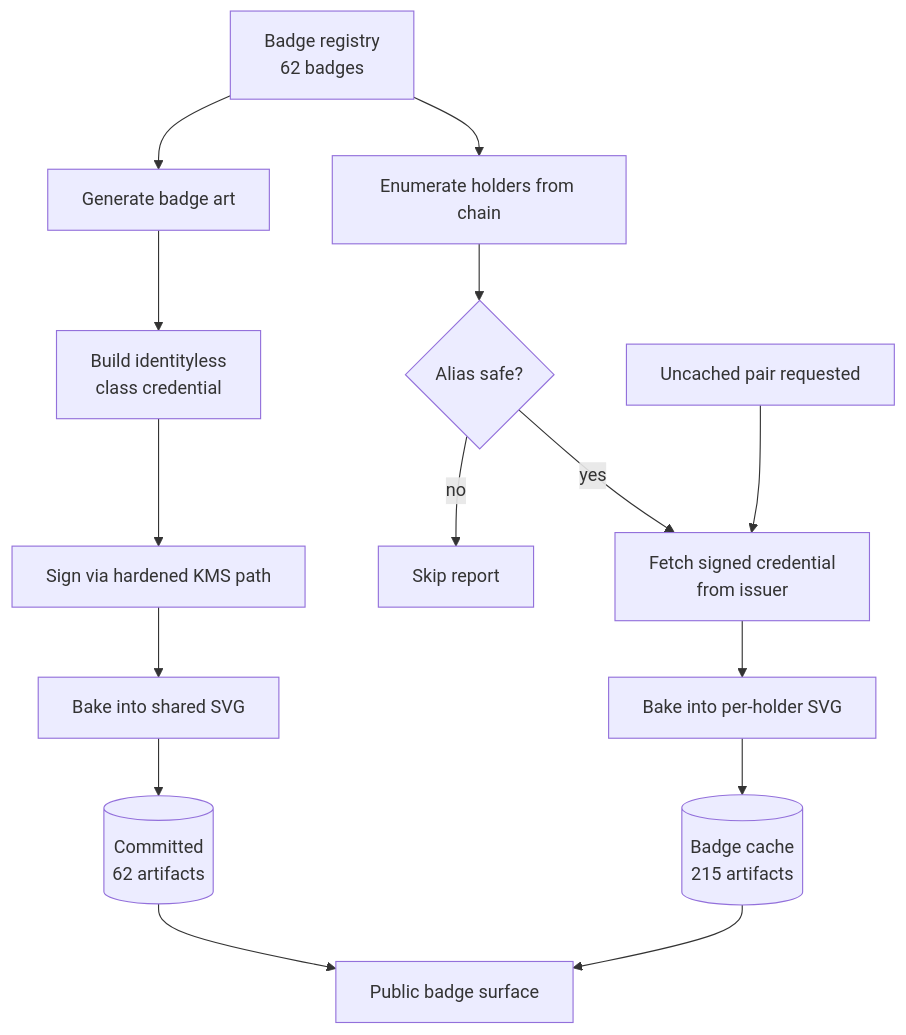
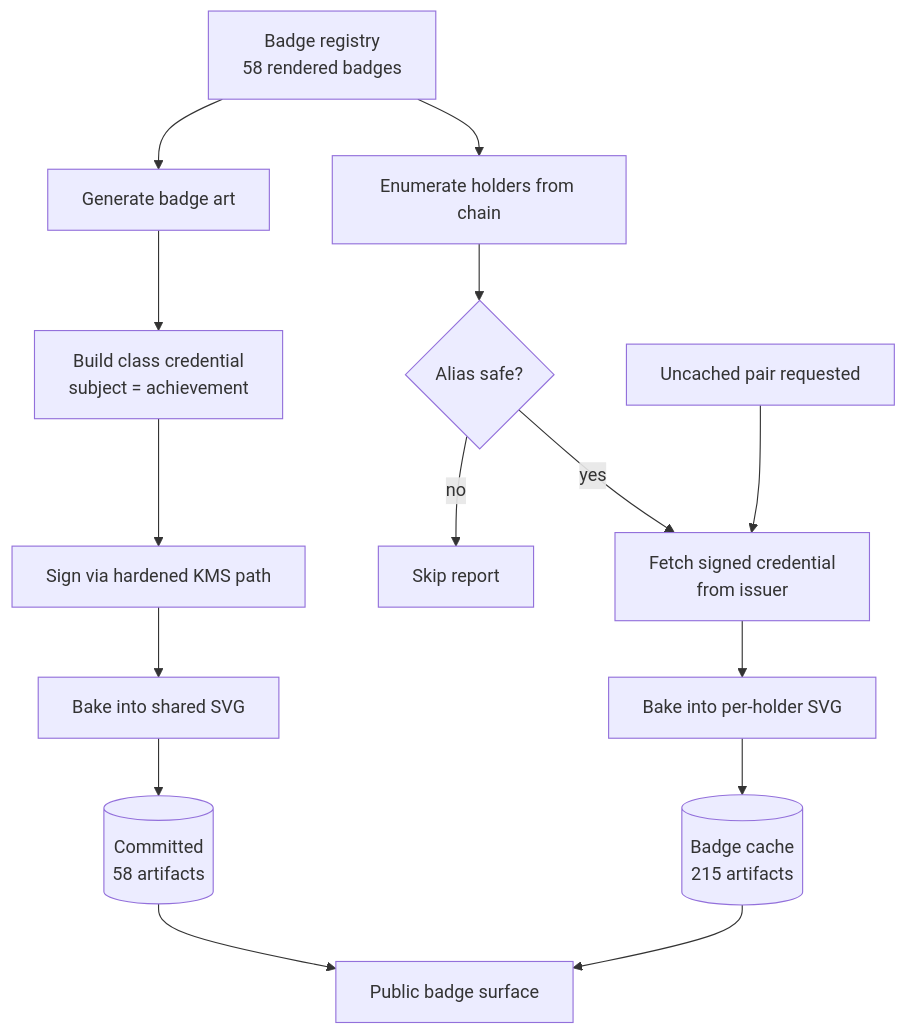
Before and after one commit to Andamio-Platform/credential-badges: the diagram in docs/plans/2026-07-28-004-feat-fully-baked-badges-plan.md, drawn with Mermaid. The commit also changed other lines of this file and 2 other files, not shown here.

````diff
--- a/docs/plans/2026-07-28-004-feat-fully-baked-badges-plan.md
+++ b/docs/plans/2026-07-28-004-feat-fully-baked-badges-plan.md
@@ -98,19 +110,19 @@
 ```mermaid
 flowchart TB
-  Reg[Badge registry<br/>62 badges] --> Gen[Generate badge art]
-  Gen --> ClassBuild[Build identityless<br/>class credential]
+  Reg[Badge registry<br/>58 rendered badges] --> Gen[Generate badge art]
+  Gen --> ClassBuild[Build class credential<br/>subject = achievement]
   ClassBuild --> ClassSign[Sign via hardened KMS path]
   ClassSign --> ClassBake[Bake into shared SVG]
-  ClassBake --> Repo[(Committed<br/>62 artifacts)]
+  ClassBake --> Repo[(Committed<br/>58 artifacts)]
 
   Reg --> Enum[Enumerate holders from chain]
   Enum --> Gate{Alias safe?}
   Gate -->|no| Report[Skip report]
   Gate -->|yes| Issue[Fetch signed credential<br/>from issuer]
   Issue --> HolderBake[Bake into per-holder SVG]
   HolderBake --> Cache[(Badge cache<br/>215 artifacts)]
 
   Repo --> Serve[Public badge surface]
   Cache --> Serve
   Miss[Uncached pair requested] --> Issue
 ```
````
